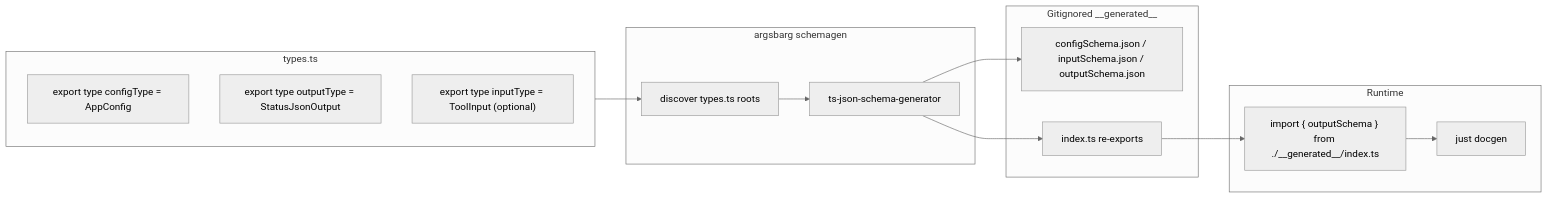
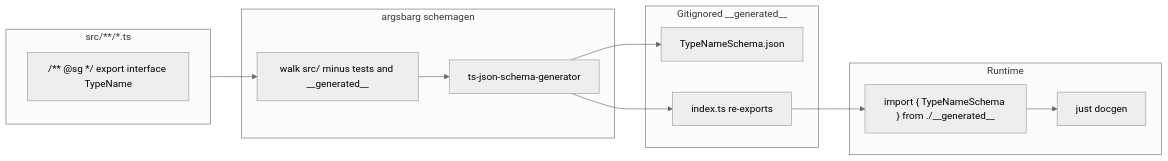
One commit to bdombro/bun-argsbarg changed the diagram in docs/output-schema.md. Above: the diagram before and after it, drawn with Mermaid (neutral theme). The commit also changed other lines of this file and 288 other files, not shown here.

````diff
--- a/docs/output-schema.md
+++ b/docs/output-schema.md
@@ -51,22 +51,20 @@
 ```mermaid
 flowchart LR
-  subgraph types [types.ts]
-    Config["export type configType = AppConfig"]
-    Output["export type outputType = StatusJsonOutput"]
-    Input["export type inputType = ToolInput (optional)"]
+  subgraph src [src/**/*.ts]
+    Sg["/** @sg */ export interface TypeName"]
   end
   subgraph gen [argsbarg schemagen]
-    Discover["discover types.ts roots"]
+    Walk["walk src/ minus tests and __generated__"]
     Gen["ts-json-schema-generator"]
   end
   subgraph artifacts [Gitignored __generated__]
-    Json["configSchema.json / inputSchema.json / outputSchema.json"]
+    Json["TypeNameSchema.json"]
     Index["index.ts re-exports"]
   end
   subgraph runtime [Runtime]
-    Leaves["import { outputSchema } from ./__generated__/index.ts"]
+    Leaves["import { TypeNameSchema } from ./__generated__"]
     Docgen["just docgen"]
   end
-  types --> Discover --> Gen --> Json
+  src --> Walk --> Gen --> Json
   Gen --> Index --> Leaves --> Docgen
 ```
````
